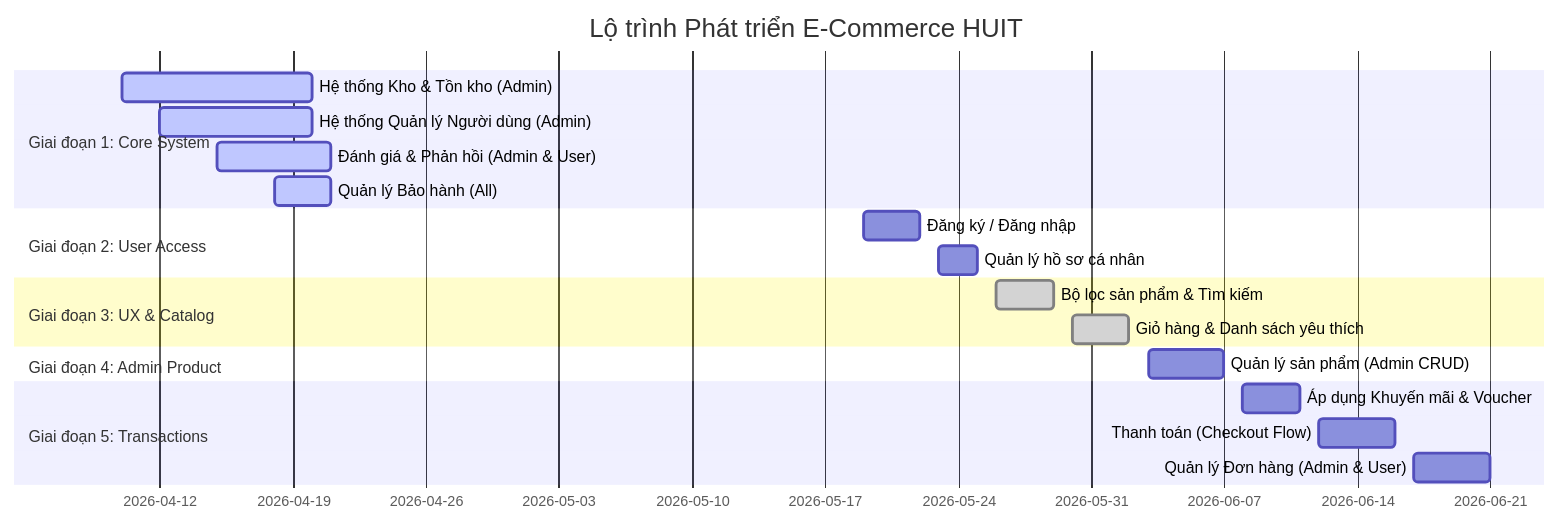
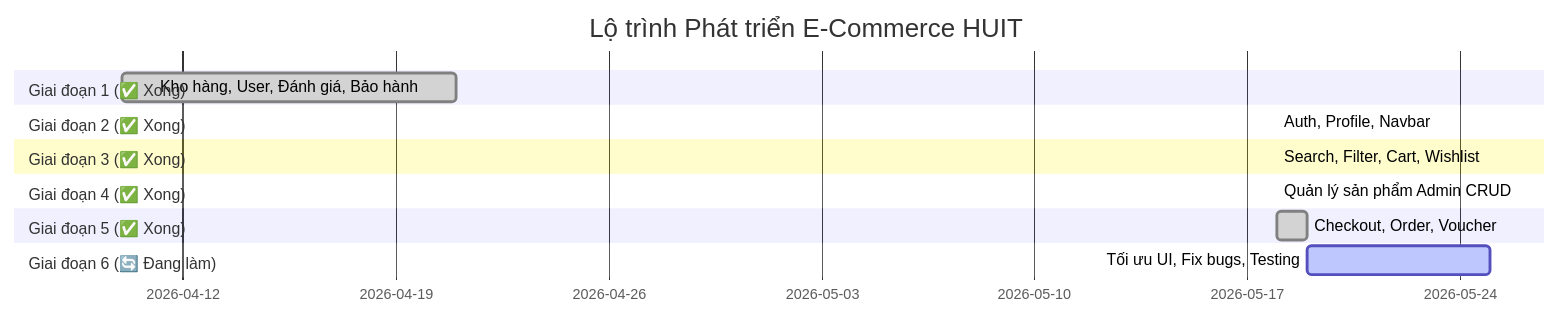
One commit to Johnyyd/ecommerce-huit changed the diagram in TASK.md. Above: the diagram before and after it, drawn with Mermaid. The commit also changed other lines of this file and 3 other files, not shown here.

````diff
--- a/TASK.md
+++ b/TASK.md
@@ -9,22 +11,17 @@
 ```mermaid
 gantt
     title Lộ trình Phát triển E-Commerce HUIT
     dateFormat  YYYY-MM-DD
-    section Giai đoạn 1: Core System
-    Hệ thống Kho & Tồn kho (Admin)         :active, des1, 2026-04-10, 2026-04-20
-    Hệ thống Quản lý Người dùng (Admin)    :active, des2, 2026-04-12, 2026-04-20
-    Đánh giá & Phản hồi (Admin & User)    :active, des3, 2026-04-15, 2026-04-21
-    Quản lý Bảo hành (All)                :active, des4, 2026-04-18, 2026-04-21
-    section Giai đoạn 2: User Access
-    Đăng ký / Đăng nhập                   :des5, 2026-05-19, 2026-05-22
-    Quản lý hồ sơ cá nhân                 :des6, 2026-05-23, 2026-05-25
-    section Giai đoạn 3: UX & Catalog
-    Bộ lọc sản phẩm & Tìm kiếm            :done, des7, 2026-05-26, 2026-05-29
-    Giỏ hàng & Danh sách yêu thích         :done, des8, 2026-05-30, 2026-06-02
-    section Giai đoạn 4: Admin Product
-    Quản lý sản phẩm (Admin CRUD)          :des9, 2026-06-03, 2026-06-07
-    section Giai đoạn 5: Transactions
-    Áp dụng Khuyến mãi & Voucher          :des10, 2026-06-08, 2026-06-11
-    Thanh toán (Checkout Flow)            :des11, 2026-06-12, 2026-06-16
-    Quản lý Đơn hàng (Admin & User)       :des12, 2026-06-17, 2026-06-21
+    section Giai đoạn 1 (✅ Xong)
+    Kho hàng, User, Đánh giá, Bảo hành   :done, des1, 2026-04-10, 2026-04-21
+    section Giai đoạn 2 (✅ Xong)
+    Auth, Profile, Navbar                 :done, des2, 2026-05-18, 2026-05-18
+    section Giai đoạn 3 (✅ Xong)
+    Search, Filter, Cart, Wishlist        :done, des3, 2026-05-18, 2026-05-18
+    section Giai đoạn 4 (✅ Xong)
+    Quản lý sản phẩm Admin CRUD          :done, des4, 2026-05-18, 2026-05-18
+    section Giai đoạn 5 (✅ Xong)
+    Checkout, Order, Voucher              :done, des5, 2026-05-18, 2026-05-19
+    section Giai đoạn 6 (🔄 Đang làm)
+    Tối ưu UI, Fix bugs, Testing          :active, des6, 2026-05-19, 2026-05-25
 ```
````
